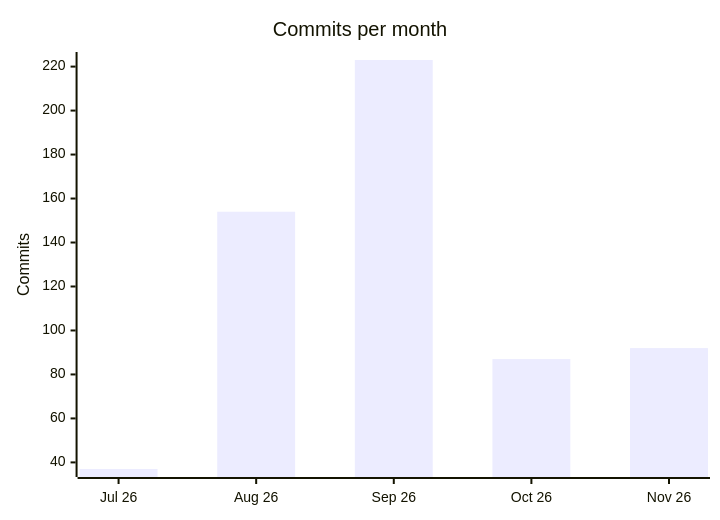
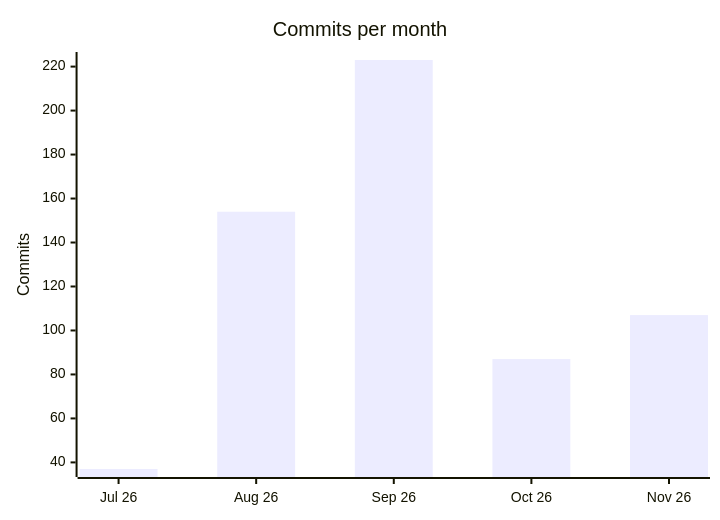
The first of 2 diagrams in profile/README.md (PSEMS-CO-FOE/.github), drawn with Mermaid before and after one commit. The commit also changed other lines of this file, not shown here.

````diff
--- a/profile/README.md
+++ b/profile/README.md
@@ -94,7 +94,7 @@
 ```mermaid
 xychart-beta
     title "Commits per month"
     x-axis ["Jul 26", "Aug 26", "Sep 26", "Oct 26", "Nov 26"]
     y-axis "Commits"
-    bar [37, 154, 223, 87, 92]
+    bar [37, 154, 223, 87, 107]
 ```
````
